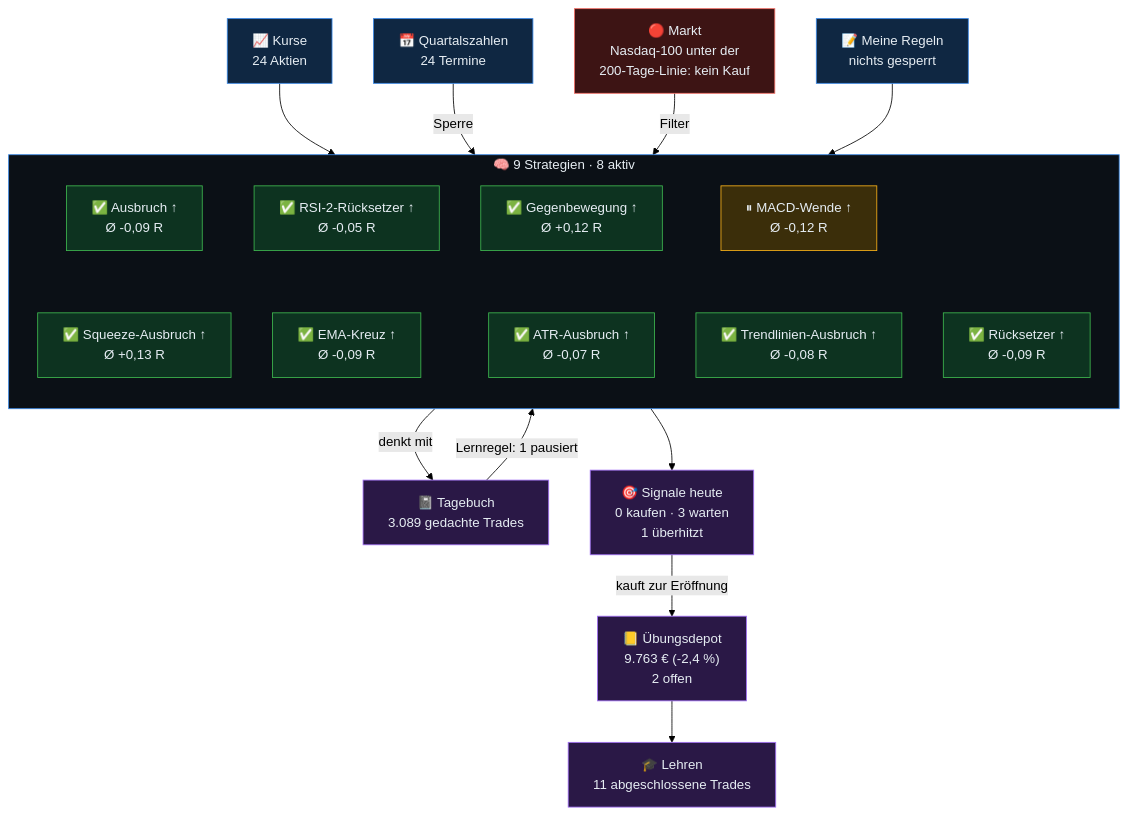
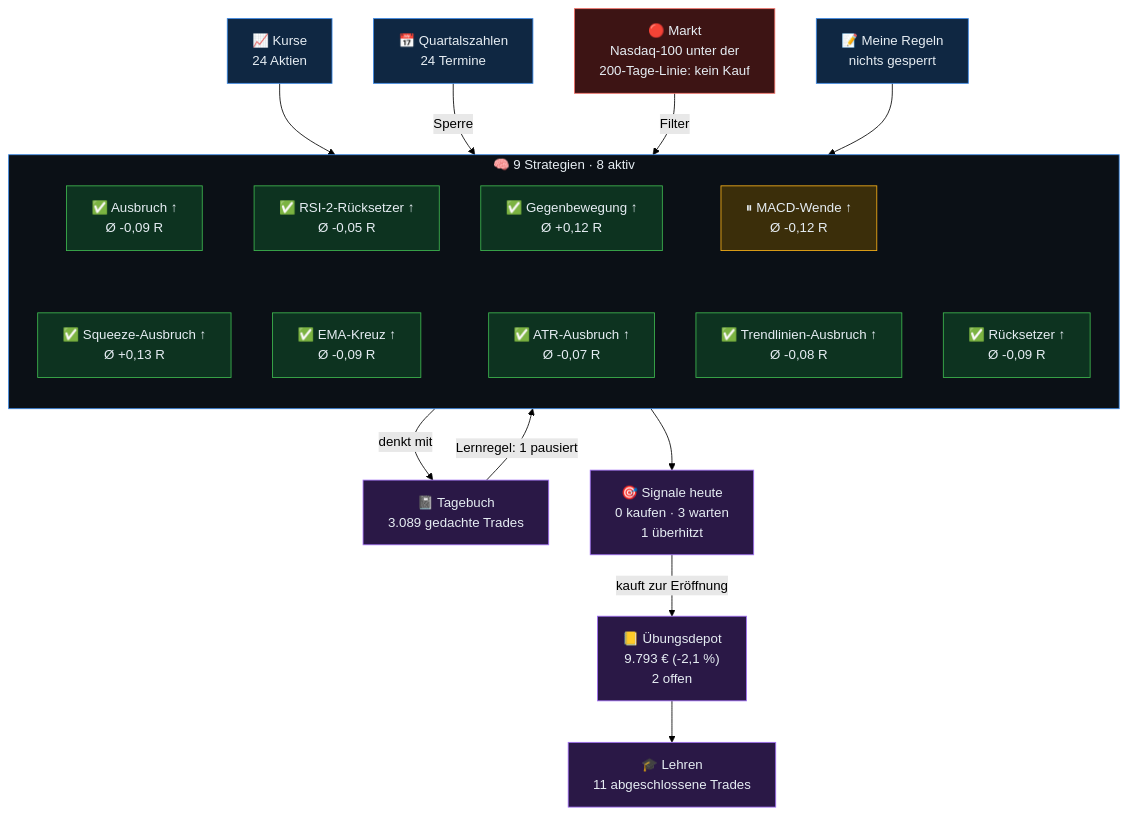
One commit to sickingmalte-arch/Test-Bot changed the diagram in gehirn/Start.md. Above: the diagram before and after it, drawn with Mermaid (forest theme). The commit also changed other lines of this file and 7 other files, not shown here.

````diff
--- a/gehirn/Start.md
+++ b/gehirn/Start.md
@@ -9,48 +9,48 @@
 ```mermaid
 flowchart TB
   kurse["📈 Kurse<br/>24 Aktien"]
   termine["📅 Quartalszahlen<br/>24 Termine"]
   markt["🔴 Markt<br/>Nasdaq-100 unter der<br/>200-Tage-Linie: kein Kauf"]
   regeln["📝 Meine Regeln<br/>nichts gesperrt"]
   subgraph KERN["🧠 9 Strategien · 8 aktiv"]
     direction TB
     s0["✅ Ausbruch ↑<br/>Ø -0,09 R"]
     s1["✅ RSI-2-Rücksetzer ↑<br/>Ø -0,05 R"]
     s2["✅ Gegenbewegung ↑<br/>Ø +0,12 R"]
     s3["⏸ MACD-Wende ↑<br/>Ø -0,12 R"]
     s4["✅ Rücksetzer ↑<br/>Ø -0,09 R"]
     s5["✅ Squeeze-Ausbruch ↑<br/>Ø +0,13 R"]
     s6["✅ EMA-Kreuz ↑<br/>Ø -0,09 R"]
     s7["✅ ATR-Ausbruch ↑<br/>Ø -0,07 R"]
     s8["✅ Trendlinien-Ausbruch ↑<br/>Ø -0,08 R"]
     s0 ~~~ s5
     s1 ~~~ s6
     s2 ~~~ s7
     s3 ~~~ s8
   end
   tb["📓 Tagebuch<br/>3.089 gedachte Trades"]
   sig["🎯 Signale heute<br/>0 kaufen · 3 warten<br/>1 überhitzt"]
-  depot["📒 Übungsdepot<br/>9.763 € (-2,4 %)<br/>2 offen"]
+  depot["📒 Übungsdepot<br/>9.793 € (-2,1 %)<br/>2 offen"]
   lehren["🎓 Lehren<br/>11 abgeschlossene Trades"]
   kurse --> KERN
   termine -->|Sperre| KERN
   markt -->|Filter| KERN
   regeln --> KERN
   KERN -->|denkt mit| tb
   tb -->|Lernregel: 1 pausiert| KERN
   KERN --> sig
   sig -->|kauft zur Eröffnung| depot
   depot --> lehren
   classDef ein fill:#0f2742,stroke:#3987e5,color:#e6edf3
   classDef rot fill:#3d1414,stroke:#f47067,color:#e6edf3
   classDef aktiv fill:#0d3320,stroke:#3fb950,color:#e6edf3
   classDef pausiert fill:#3b2e0a,stroke:#fab219,color:#e6edf3
   classDef aus fill:#22272e,stroke:#6e7681,color:#9ba7b4
   classDef aus2 fill:#2a1846,stroke:#a371f7,color:#e6edf3
   class kurse,termine,regeln ein
   class markt rot
   class tb,sig,depot,lehren aus2
   class s0,s1,s2,s4,s5,s6,s7,s8 aktiv
   class s3 pausiert
   style KERN fill:#0b1016,stroke:#3987e5,color:#e6edf3
 ```
````
